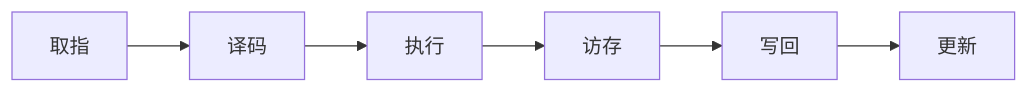
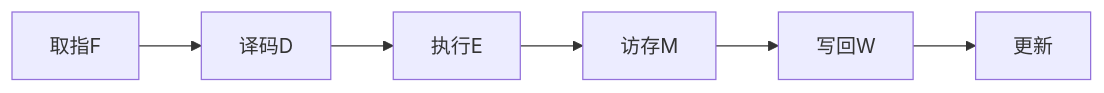
One commit to CaiWei-REcampione/Markdown-TakeNotes changed the second of 2 diagrams in 深入理解计算机系统.md. Above: the diagram before and after it, drawn with Mermaid. The commit also changed other lines of this file and 12 other files, not shown here.

````diff
--- a/深入理解计算机系统.md
+++ b/深入理解计算机系统.md
@@ -1367,4 +1367,4 @@
 ```mermaid
 graph LR
-取指-->译码-->执行-->访存-->写回-->更新
+取指F-->译码D-->执行E-->访存M-->写回W-->更新
 ```
````
